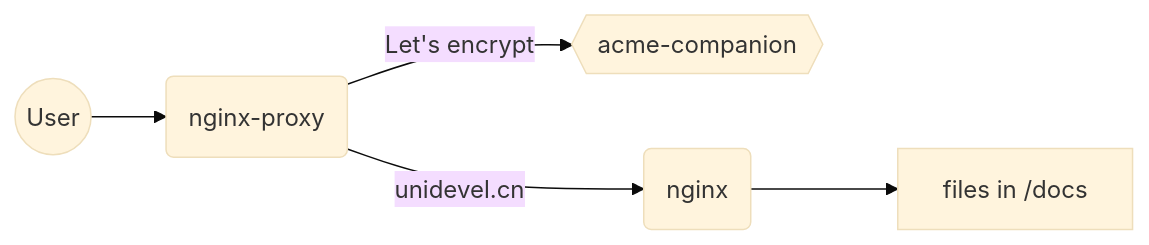
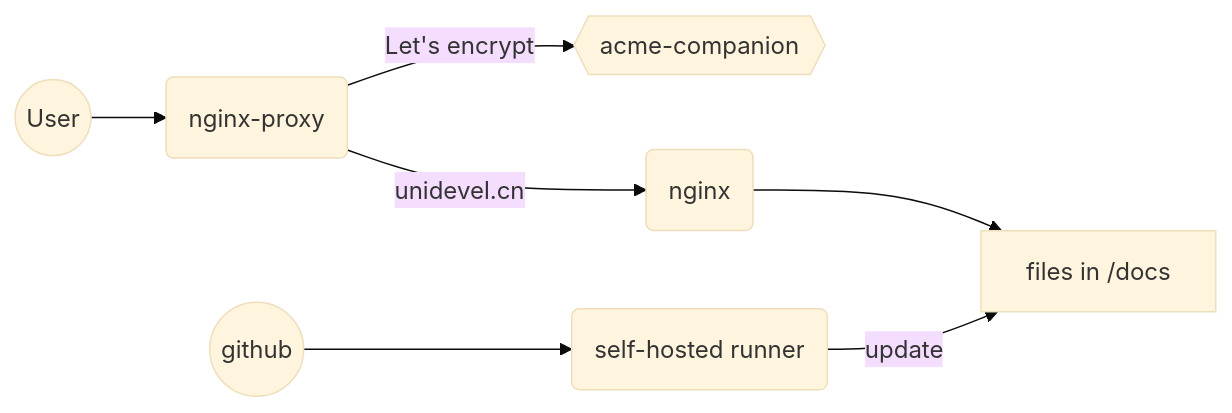
Before and after one commit to unidevel/mysite: the first of 2 diagrams in docs/README.md, drawn with Mermaid (base theme). The commit also changed other lines of this file, not shown here.

````diff
--- a/docs/README.md
+++ b/docs/README.md
@@ -5,7 +5,8 @@
 ```mermaid
 graph LR
     user(( User )) --> proxy
     proxy(nginx-proxy) -- Let's encrypt --> acme{{acme-companion}}
     proxy -- unidevel.cn --> nginx-docs(nginx)
-    nginx-docs --> docs[ files in /docs ]
+    nginx-docs --> site[ files in /docs ]
+    actions((github)) --> runner( self-hosted runner ) -- update --> site
 ```
````
